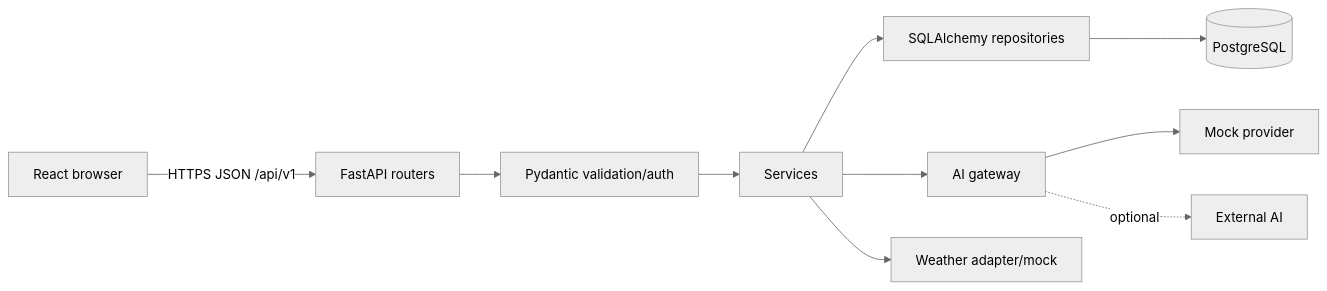
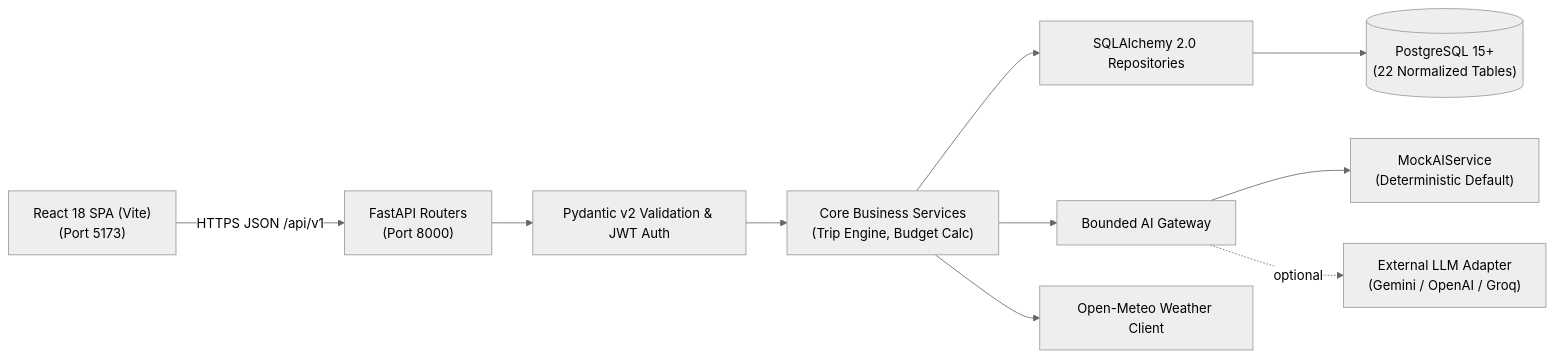
The diagram in ARCHITECTURE.md (PERRY-YASMIN/RoamGenie), drawn with Mermaid (neutral theme) before and after one commit. The commit also changed other lines of this file and 389 other files, not shown here.

````diff
--- a/ARCHITECTURE.md
+++ b/ARCHITECTURE.md
@@ -3,12 +12,12 @@
 ```mermaid
 flowchart LR
-  U[React browser] -->|HTTPS JSON /api/v1| A[FastAPI routers]
-  A --> V[Pydantic validation/auth]
-  V --> S[Services]
-  S --> R[SQLAlchemy repositories]
-  R --> P[(PostgreSQL)]
-  S --> G[AI gateway]
-  G --> M[Mock provider]
-  G -. optional .-> X[External AI]
-  S --> W[Weather adapter/mock]
+  U["React 18 SPA (Vite)\n(Port 5173)"] -->|HTTPS JSON /api/v1| A["FastAPI Routers\n(Port 8000)"]
+  A --> V["Pydantic v2 Validation & JWT Auth"]
+  V --> S["Core Business Services\n(Trip Engine, Budget Calc)"]
+  S --> R["SQLAlchemy 2.0 Repositories"]
+  R --> P[("PostgreSQL 15+\n(22 Normalized Tables)")]
+  S --> G["Bounded AI Gateway"]
+  G --> M["MockAIService\n(Deterministic Default)"]
+  G -. optional .-> X["External LLM Adapter\n(Gemini / OpenAI / Groq)"]
+  S --> W["Open-Meteo Weather Client"]
 ```
````
